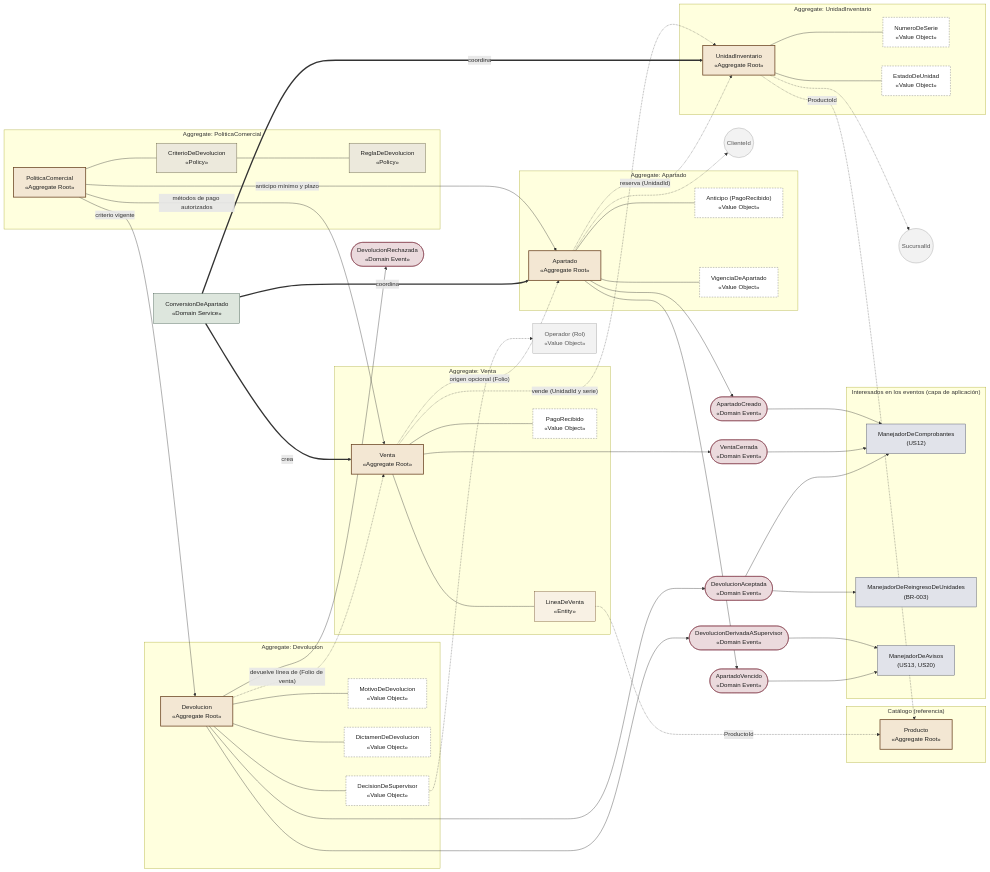
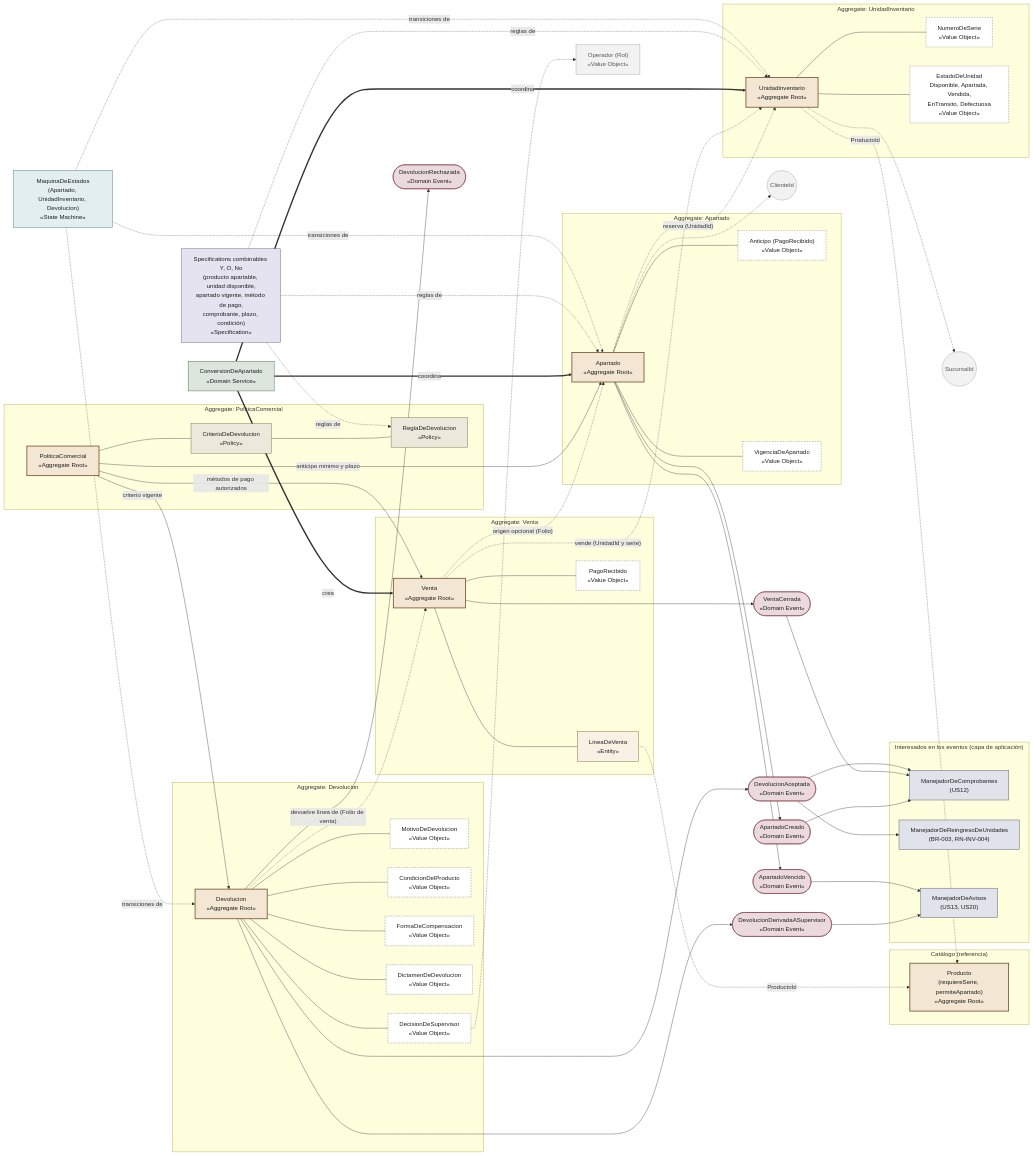
The diagram in docs/architecture/diagramas/01_mapa_de_dominio.mmd (monroydiego/pia-comlogn-tecnostock), drawn with Mermaid before and after one commit. The commit also changed 9 other files, not shown here.

Commit message:
docs: actualiza diagramas, ADR-007 a ADR-009, matriz de trazabilidad y registro de cambios

```diff
--- a/docs/architecture/diagramas/01_mapa_de_dominio.mmd
+++ b/docs/architecture/diagramas/01_mapa_de_dominio.mmd
@@ -1,106 +1,121 @@
 flowchart LR
   classDef raiz fill:#F3E7D3,stroke:#6B4423,stroke-width:2px,color:#1E1E1E
   classDef entidad fill:#F8F1E4,stroke:#6B4423,color:#1E1E1E
   classDef vo fill:#FFFFFF,stroke:#6E6E6E,stroke-dasharray:4 3,color:#1E1E1E
   classDef evento fill:#EBDADD,stroke:#7A2E3F,color:#1E1E1E
   classDef servicio fill:#DDE6DD,stroke:#2E4A3A,color:#1E1E1E
   classDef politica fill:#ECE9DC,stroke:#5A5532,color:#1E1E1E
   classDef externo fill:#F2F2F2,stroke:#9A9A9A,color:#555555
   classDef interesado fill:#E1E3EA,stroke:#3A3F58,color:#1E1E1E
+  classDef especificacion fill:#E6E3F0,stroke:#4B3F72,color:#1E1E1E
+  classDef maquina fill:#E3EEF0,stroke:#2F5D66,color:#1E1E1E
 
   subgraph A1["Aggregate: Apartado"]
     APT["Apartado<br/>«Aggregate Root»"]:::raiz
     ANT["Anticipo (PagoRecibido)<br/>«Value Object»"]:::vo
     VIG["VigenciaDeApartado<br/>«Value Object»"]:::vo
     APT --- ANT
     APT --- VIG
   end
 
   subgraph A2["Aggregate: UnidadInventario"]
     UNI["UnidadInventario<br/>«Aggregate Root»"]:::raiz
     SER["NumeroDeSerie<br/>«Value Object»"]:::vo
-    EUN["EstadoDeUnidad<br/>«Value Object»"]:::vo
+    EUN["EstadoDeUnidad<br/>Disponible, Apartada, Vendida,<br/>EnTransito, Defectuosa<br/>«Value Object»"]:::vo
     UNI --- SER
     UNI --- EUN
   end
 
   subgraph A3["Aggregate: Venta"]
     VEN["Venta<br/>«Aggregate Root»"]:::raiz
     LIN["LineaDeVenta<br/>«Entity»"]:::entidad
     PAG["PagoRecibido<br/>«Value Object»"]:::vo
     VEN --- LIN
     VEN --- PAG
   end
 
   subgraph A4["Aggregate: Devolucion"]
     DEV["Devolucion<br/>«Aggregate Root»"]:::raiz
     MOT["MotivoDeDevolucion<br/>«Value Object»"]:::vo
+    CON["CondicionDelProducto<br/>«Value Object»"]:::vo
+    FOR["FormaDeCompensacion<br/>«Value Object»"]:::vo
     DIC["DictamenDeDevolucion<br/>«Value Object»"]:::vo
     DSU["DecisionDeSupervisor<br/>«Value Object»"]:::vo
     DEV --- MOT
+    DEV --- CON
+    DEV --- FOR
     DEV --- DIC
     DEV --- DSU
   end
 
   subgraph A5["Aggregate: PoliticaComercial"]
     POL["PoliticaComercial<br/>«Aggregate Root»"]:::raiz
     CRI["CriterioDeDevolucion<br/>«Policy»"]:::politica
     REG["ReglaDeDevolucion<br/>«Policy»"]:::politica
     POL --- CRI
     CRI --- REG
   end
 
   subgraph A6["Catálogo (referencia)"]
-    PRO["Producto<br/>«Aggregate Root»"]:::raiz
+    PRO["Producto<br/>(requiereSerie, permiteApartado)<br/>«Aggregate Root»"]:::raiz
   end
 
-  CON["ConversionDeApartado<br/>«Domain Service»"]:::servicio
+  CON_["ConversionDeApartado<br/>«Domain Service»"]:::servicio
+  ESP["Specifications combinables Y, O, No<br/>(producto apartable, unidad disponible,<br/>apartado vigente, método de pago,<br/>comprobante, plazo, condición)<br/>«Specification»"]:::especificacion
+  MAQ["MaquinaDeEstados<br/>(Apartado, UnidadInventario, Devolucion)<br/>«State Machine»"]:::maquina
 
   SUC(("SucursalId")):::externo
   CLI(("ClienteId")):::externo
   OPE["Operador (Rol)<br/>«Value Object»"]:::externo
 
   E1(["ApartadoCreado<br/>«Domain Event»"]):::evento
   E2(["ApartadoVencido<br/>«Domain Event»"]):::evento
   E3(["VentaCerrada<br/>«Domain Event»"]):::evento
   E4(["DevolucionDerivadaASupervisor<br/>«Domain Event»"]):::evento
   E5(["DevolucionAceptada<br/>«Domain Event»"]):::evento
   E6(["DevolucionRechazada<br/>«Domain Event»"]):::evento
 
   subgraph INT["Interesados en los eventos (capa de aplicación)"]
     H1["ManejadorDeComprobantes<br/>(US12)"]:::interesado
-    H2["ManejadorDeReingresoDeUnidades<br/>(BR-003)"]:::interesado
+    H2["ManejadorDeReingresoDeUnidades<br/>(BR-003, RN-INV-004)"]:::interesado
     H3["ManejadorDeAvisos<br/>(US13, US20)"]:::interesado
   end
 
   APT -.->|"reserva (UnidadId)"| UNI
   VEN -.->|"vende (UnidadId y serie)"| UNI
   VEN -.->|"origen opcional (Folio)"| APT
   DEV -.->|"devuelve línea de (Folio de venta)"| VEN
   LIN -.->|"ProductoId"| PRO
   UNI -.->|"ProductoId"| PRO
   APT -.-> CLI
   UNI -.-> SUC
   DSU -.-> OPE
 
   POL -->|"anticipo mínimo y plazo"| APT
   POL -->|"métodos de pago autorizados"| VEN
   POL -->|"criterio vigente"| DEV
 
-  CON ==>|"coordina"| APT
-  CON ==>|"coordina"| UNI
-  CON ==>|"crea"| VEN
+  CON_ ==>|"coordina"| APT
+  CON_ ==>|"coordina"| UNI
+  CON_ ==>|"crea"| VEN
+
+  ESP -.->|"reglas de"| APT
+  ESP -.->|"reglas de"| UNI
+  ESP -.->|"reglas de"| REG
+  MAQ -.->|"transiciones de"| APT
+  MAQ -.->|"transiciones de"| UNI
+  MAQ -.->|"transiciones de"| DEV
 
   APT --> E1
   APT --> E2
   VEN --> E3
   DEV --> E4
   DEV --> E5
   DEV --> E6
 
   E1 --> H1
   E3 --> H1
   E5 --> H1
   E5 --> H2
   E4 --> H3
   E2 --> H3
```
